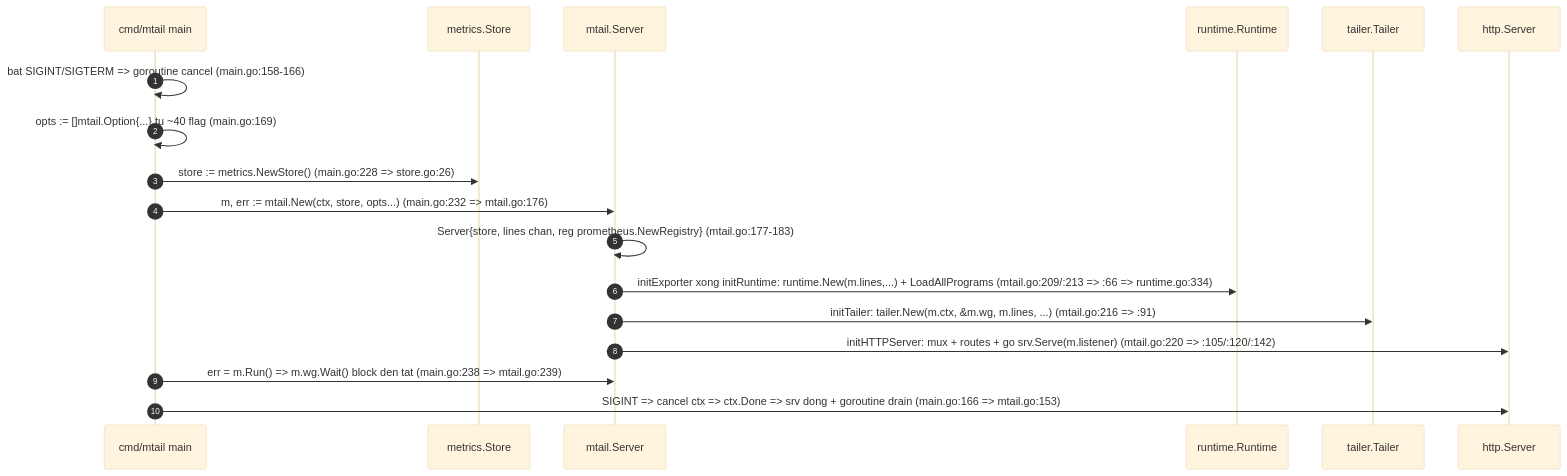
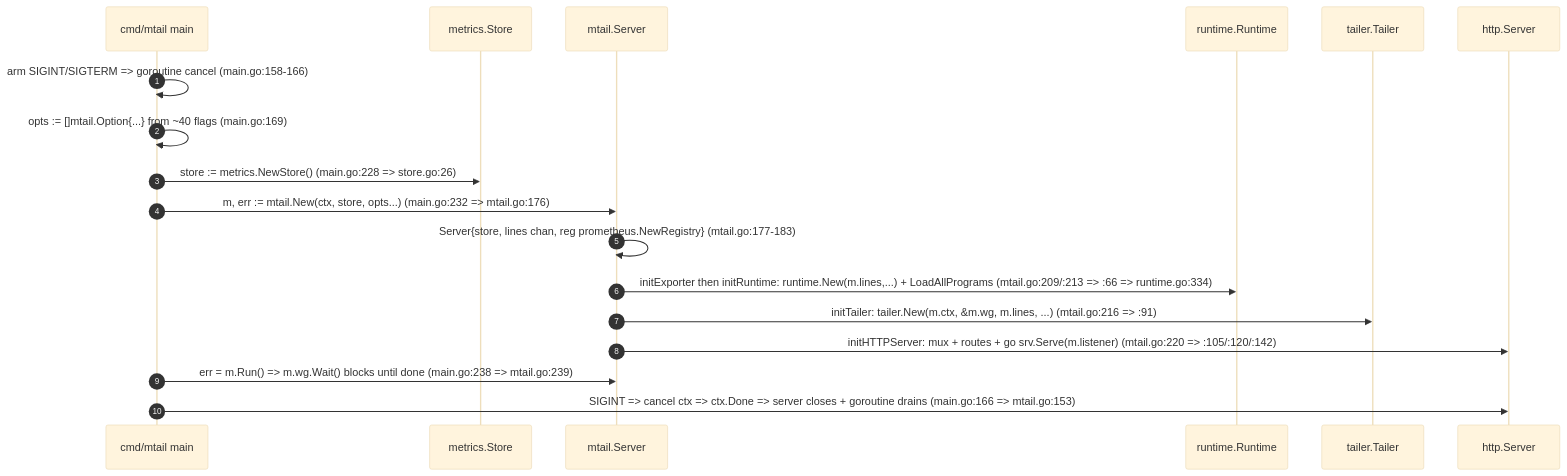
One commit to Stellarhold170NT/cassian changed the second of 3 diagrams in docs/mtail/06-flows.md. Above: the diagram before and after it, drawn with Mermaid (base theme). The commit also changed other lines of this file and 14 other files, not shown here.

Commit message:
docs: mtail P1-P7 (main@4c7e0e1174ac1ead032efe28d86428bbbe0ae145)

````diff
--- a/docs/mtail/06-flows.md
+++ b/docs/mtail/06-flows.md
@@ -179,20 +188,20 @@
 ```mermaid
 sequenceDiagram
     autonumber
     participant M as cmd/mtail main
     participant ST as metrics.Store
     participant SV as mtail.Server
     participant RT as runtime.Runtime
     participant TL as tailer.Tailer
     participant HS as http.Server
-    M->>M: bat SIGINT/SIGTERM => goroutine cancel (main.go:158-166)
-    M->>M: opts := []mtail.Option{...} tu ~40 flag (main.go:169)
+    M->>M: arm SIGINT/SIGTERM => goroutine cancel (main.go:158-166)
+    M->>M: opts := []mtail.Option{...} from ~40 flags (main.go:169)
     M->>ST: store := metrics.NewStore() (main.go:228 => store.go:26)
     M->>SV: m, err := mtail.New(ctx, store, opts...) (main.go:232 => mtail.go:176)
     SV->>SV: Server{store, lines chan, reg prometheus.NewRegistry} (mtail.go:177-183)
-    SV->>RT: initExporter xong initRuntime: runtime.New(m.lines,...) + LoadAllPrograms (mtail.go:209/:213 => :66 => runtime.go:334)
+    SV->>RT: initExporter then initRuntime: runtime.New(m.lines,...) + LoadAllPrograms (mtail.go:209/:213 => :66 => runtime.go:334)
     SV->>TL: initTailer: tailer.New(m.ctx, &m.wg, m.lines, ...) (mtail.go:216 => :91)
     SV->>HS: initHTTPServer: mux + routes + go srv.Serve(m.listener) (mtail.go:220 => :105/:120/:142)
-    M->>SV: err = m.Run() => m.wg.Wait() block den tat (main.go:238 => mtail.go:239)
-    M->>HS: SIGINT => cancel ctx => ctx.Done => srv dong + goroutine drain (main.go:166 => mtail.go:153)
+    M->>SV: err = m.Run() => m.wg.Wait() blocks until done (main.go:238 => mtail.go:239)
+    M->>HS: SIGINT => cancel ctx => ctx.Done => server closes + goroutine drains (main.go:166 => mtail.go:153)
 ```
````
